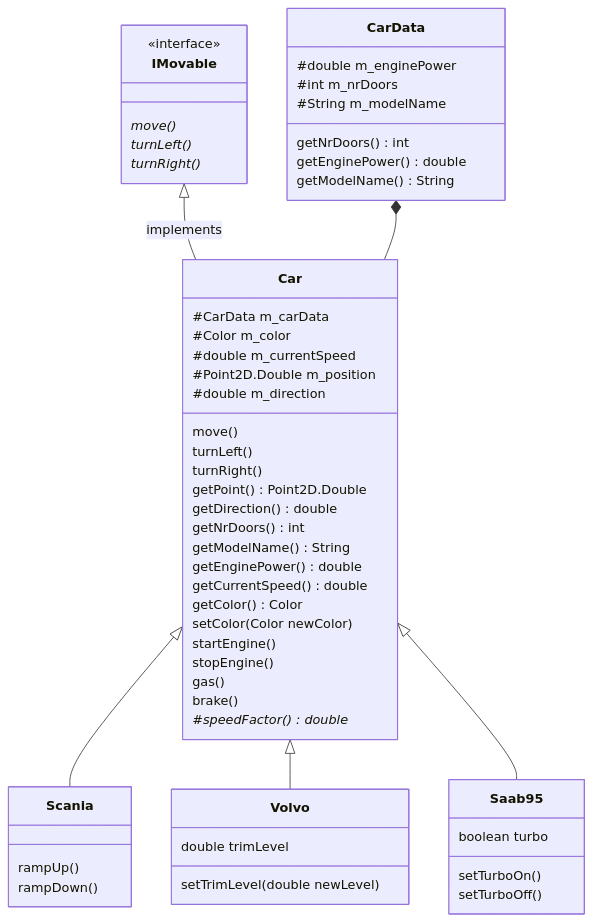
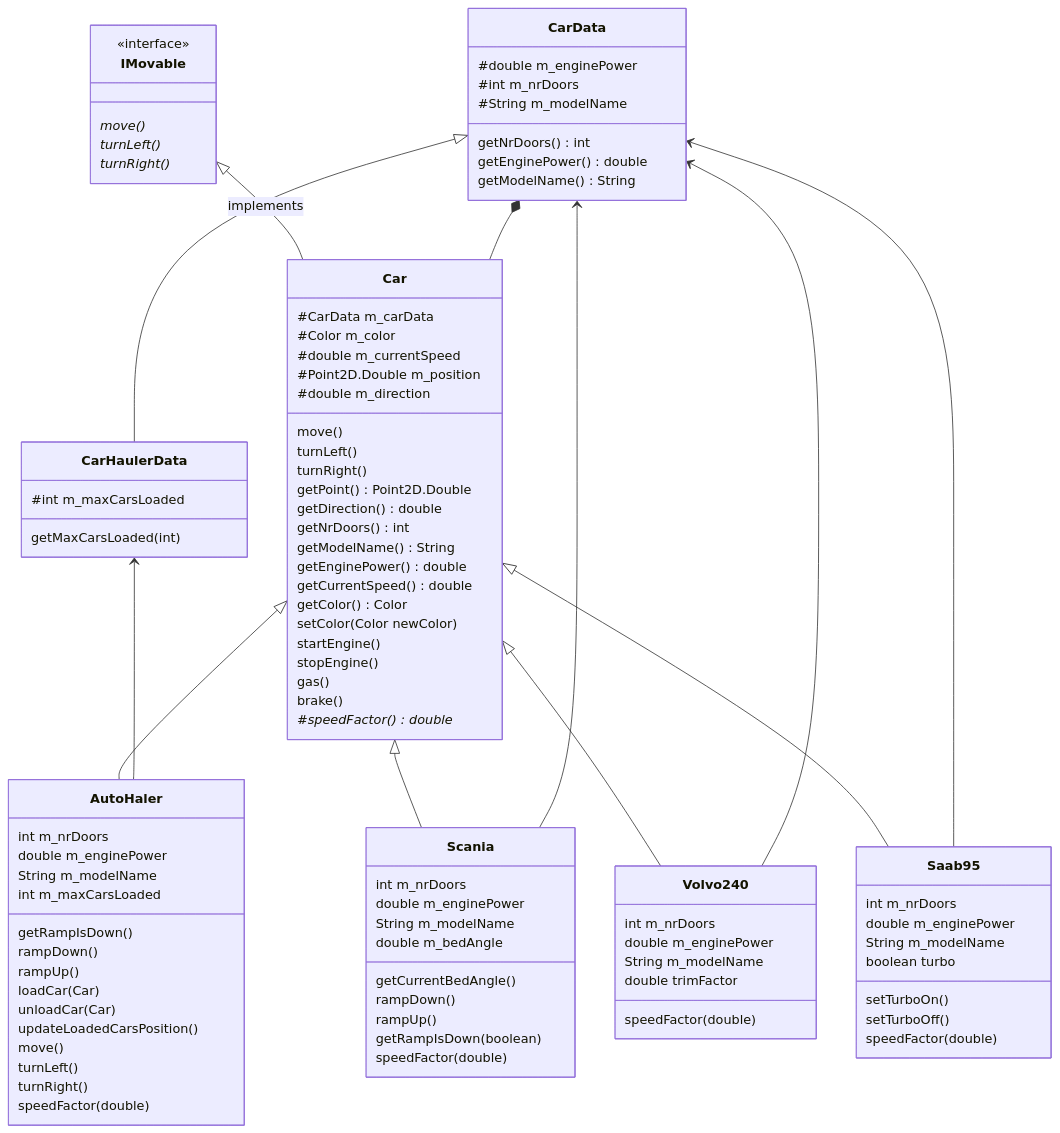
One commit to Faunther/dit954-lab1 changed the diagram in uml.md. Above: the diagram before and after it, drawn with Mermaid.

````diff
--- a/uml.md
+++ b/uml.md
@@ -3,8 +3,24 @@
 ```mermaid
 classDiagram
     Car <|-- Scania
-    Car <|-- Volvo
+    Car <|-- Volvo240
     Car <|-- Saab95
+    Car <|-- AutoHaler
+
+    CarData <|-- CarHaulerData
+
+    CarData <-- Scania
+    CarData <-- Volvo240
+    CarData <-- Saab95
+    CarHaulerData <-- AutoHaler
+    
+
+    class CarHaulerData{
+        #int m_maxCarsLoaded
+
+        getMaxCarsLoaded(int)
+        
+    }
 
     class CarData {
         #double m_enginePower
@@ -51,17 +67,55 @@
 
         #speedFactor()* double
     }
+    
     class Scania {
+        int m_nrDoors
+        double m_enginePower
+        String m_modelName
+        double m_bedAngle
+        
+        getCurrentBedAngle()
+        rampDown()
         rampUp()
-        rampDown()
+        getRampIsDown(boolean)
+        speedFactor(double)
+        
     }
-    class Volvo {
-        double trimLevel
-        setTrimLevel(double newLevel)
+    class Volvo240 {
+        int m_nrDoors
+        double m_enginePower
+        String m_modelName
+        
+        double trimFactor
+        speedFactor(double)
     }
     class Saab95 {
+        int m_nrDoors
+        double m_enginePower
+        String m_modelName
+        
         boolean turbo
         setTurboOn()
         setTurboOff()
+        speedFactor(double)
+    }
+    class AutoHaler{
+        int m_nrDoors
+        double m_enginePower
+        String m_modelName
+        int m_maxCarsLoaded
+
+        getRampIsDown()
+        rampDown()
+        rampUp()
+        loadCar(Car)
+        unloadCar(Car)
+        updateLoadedCarsPosition()
+        move()
+        turnLeft()
+        turnRight()
+        speedFactor(double)
+        
+        
     }
 ```
````
